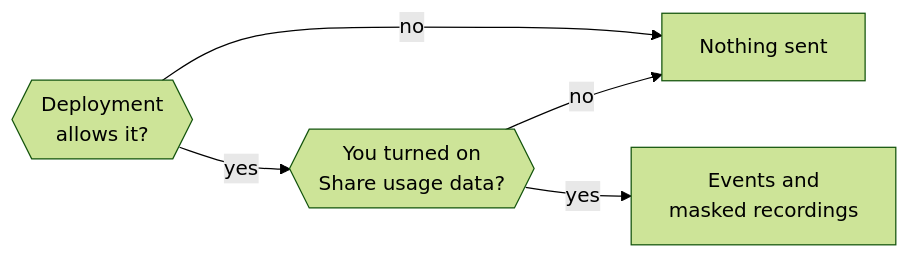
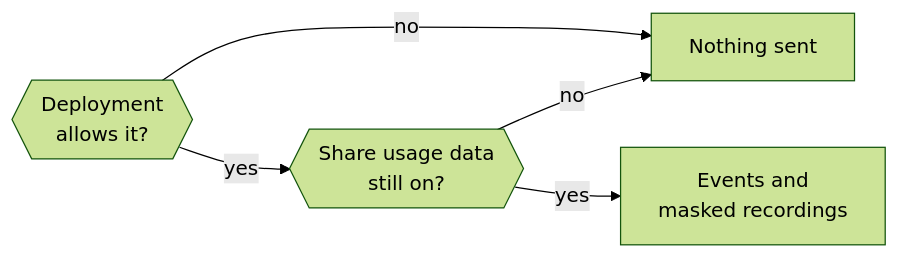
Before and after one commit to KrishBhimani/nod: the diagram in docs/src/content/docs/deploy/analytics.md, drawn with Mermaid (forest theme). The commit also changed other lines of this file and 68 other files, not shown here.

````diff
--- a/docs/src/content/docs/deploy/analytics.md
+++ b/docs/src/content/docs/deploy/analytics.md
@@ -22,7 +20,7 @@
 ```mermaid
 flowchart LR
-  deploy{{Deployment<br/>allows it?}} -- yes --> owner{{You turned on<br/>Share usage data?}}
+  deploy{{Deployment<br/>allows it?}} -- yes --> owner{{Share usage data<br/>still on?}}
   deploy -- no --> off[Nothing sent]:::stop
   owner -- no --> off
   owner -- yes --> on[Events and<br/>masked recordings]:::go
 ```
````
